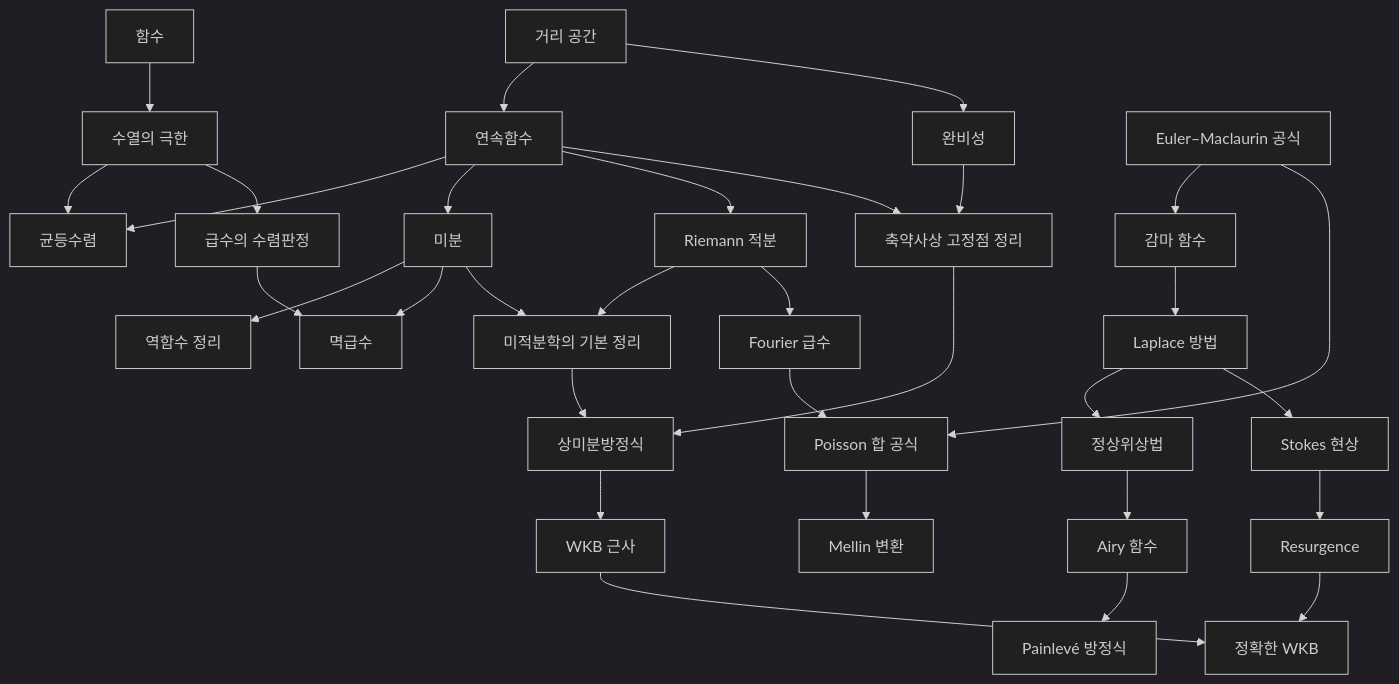
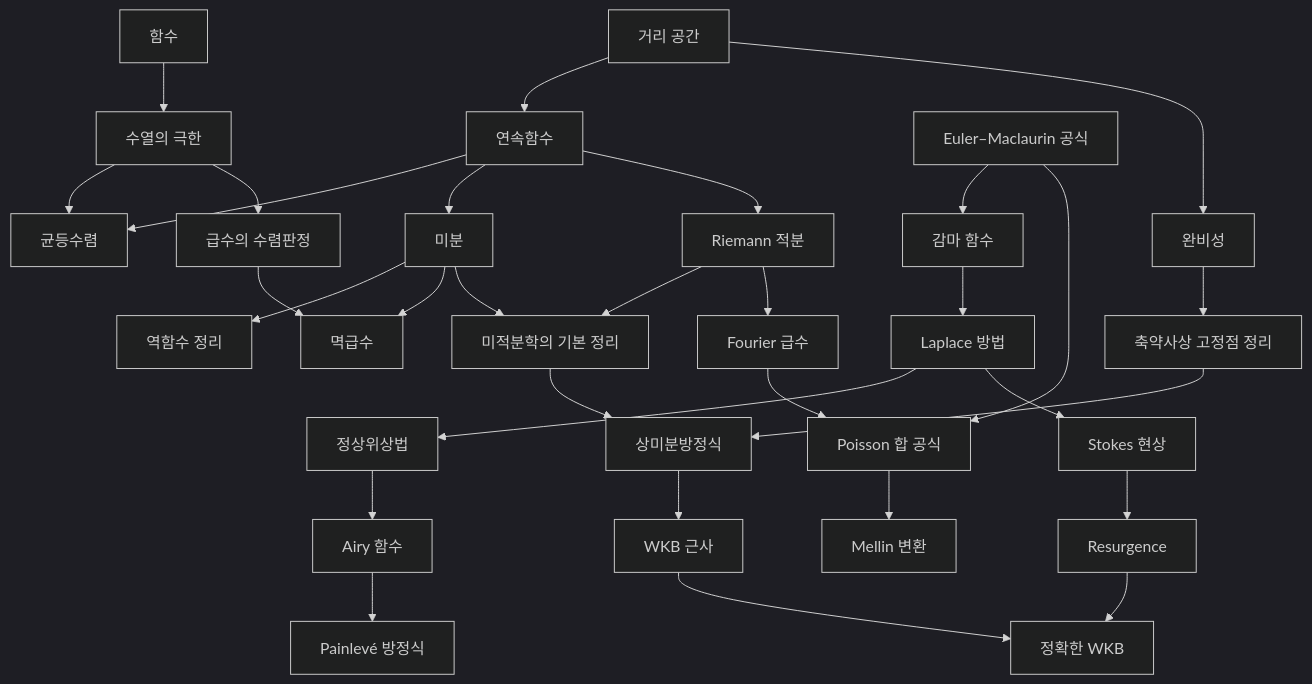
The diagram in docs/analysis-overview.md (Phryxia/math-map), drawn with Mermaid (dark theme) before and after one commit.

Commit message:
drop a map arrow that is not a real edge in analysis-overview
연속함수 -> 축약사상 고정점 정리 화살표를 지웠다. 축약사상 고정점
정리의 부모는 완비성과 Lipschitz 사상이고 연속함수는 부모가 아니다.
4.5절의 "지도의 mermaid 는 실제 간선의 부분그래프여야 한다" 를 따랐다.

Claude-Session: https://claude.ai/code/session_01E5JsbtKZotuEps2UNJbFaD

````diff
--- a/docs/analysis-overview.md
+++ b/docs/analysis-overview.md
@@ -13,34 +13,33 @@
 ```mermaid
 graph TD
   FN["함수"] --> LM["수열의 극한"]
   MS["거리 공간"] --> CT["연속함수"]
   MS --> CM["완비성"]
   LM --> UC["균등수렴"]
   CT --> UC
   CT --> DV["미분"]
   DV --> IF["역함수 정리"]
   CT --> RI["Riemann 적분"]
   LM --> SC["급수의 수렴판정"]
   SC --> PS["멱급수"]
   DV --> PS
   DV --> FC["미적분학의 기본 정리"]
   RI --> FC
   CM --> BF["축약사상 고정점 정리"]
-  CT --> BF
   BF --> OD["상미분방정식"]
   FC --> OD
   RI --> FS["Fourier 급수"]
   FS --> PSm["Poisson 합 공식"]
   PSm --> MT["Mellin 변환"]
   EM["Euler–Maclaurin 공식"] --> GM["감마 함수"]
   EM --> PSm
   GM --> LP["Laplace 방법"]
   LP --> SP["정상위상법"]
   LP --> ST["Stokes 현상"]
   ST --> RS["Resurgence"]
   SP --> AF["Airy 함수"]
   AF --> PE["Painlevé 방정식"]
   OD --> WK["WKB 근사"]
   WK --> EW["정확한 WKB"]
   RS --> EW
 ```
````
